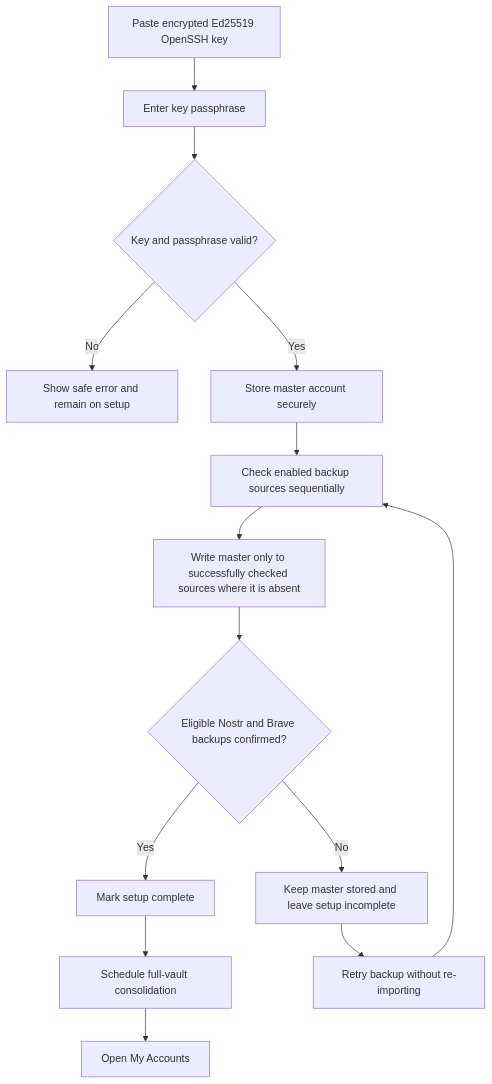
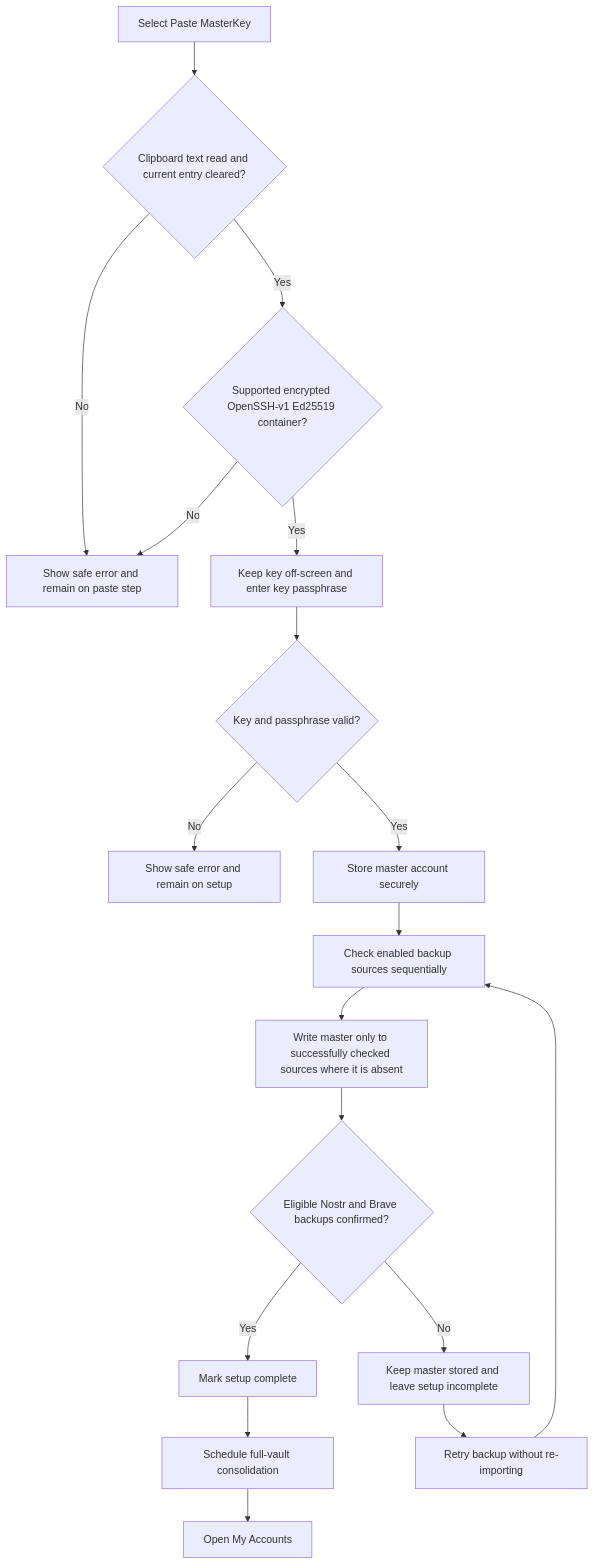
One commit to ZenTenApp/vault-kotlin changed the second of 6 diagrams in docs/stakeholder/flowcharts.md. Above: the diagram before and after it, drawn with Mermaid. The commit also changed other lines of this file and 7 other files, not shown here.

Commit message:
feat(onboarding): securely paste master key

````diff
--- a/docs/stakeholder/flowcharts.md
+++ b/docs/stakeholder/flowcharts.md
@@ -34,16 +34,20 @@
 ```mermaid
 flowchart TD
-    Start["Paste encrypted Ed25519 OpenSSH key"] --> Passphrase["Enter key passphrase"]
+    Start["Select Paste MasterKey"] --> Clipboard{"Clipboard text read and current entry cleared?"}
+    Clipboard -->|No| PasteError["Show safe error and remain on paste step"]
+    Clipboard -->|Yes| KeyFormat{"Supported encrypted OpenSSH-v1 Ed25519 container?"}
+    KeyFormat -->|No| PasteError
+    KeyFormat -->|Yes| Passphrase["Keep key off-screen and enter key passphrase"]
     Passphrase --> Validate{"Key and passphrase valid?"}
     Validate -->|No| Error["Show safe error and remain on setup"]
     Validate -->|Yes| Store["Store master account securely"]
     Store --> Sources["Check enabled backup sources sequentially"]
     Sources --> Missing["Write master only to successfully checked sources where it is absent"]
     Missing --> Quorum{"Eligible Nostr and Brave backups confirmed?"}
     Quorum -->|Yes| Complete["Mark setup complete"]
     Complete --> Schedule["Schedule full-vault consolidation"]
     Schedule --> Accounts["Open My Accounts"]
     Quorum -->|No| Incomplete["Keep master stored and leave setup incomplete"]
     Incomplete --> Retry["Retry backup without re-importing"]
     Retry --> Sources
 ```
````
